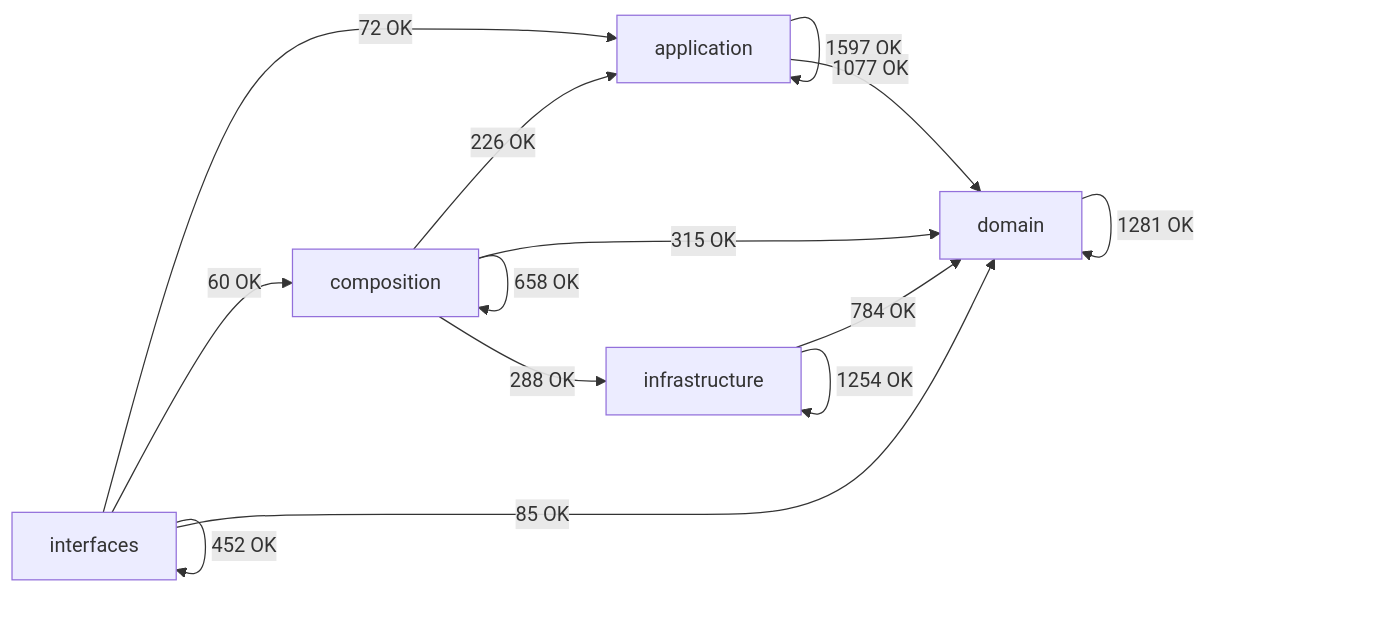
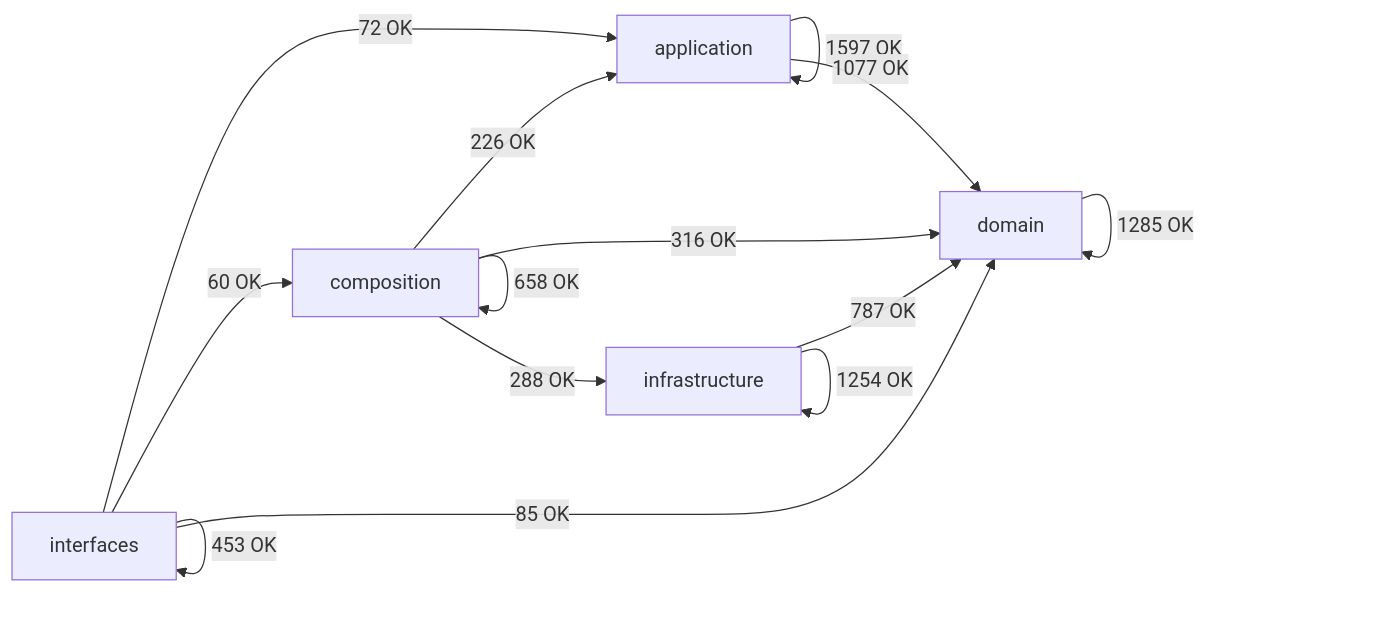
Before and after one commit to SatoryKono/BioactivityDataAcquisition: the diagram in docs/02-architecture/generated/module-dependency-map.md, drawn with Mermaid. The commit also changed other lines of this file and 148 other files, not shown here.

````diff
--- a/docs/02-architecture/generated/module-dependency-map.md
+++ b/docs/02-architecture/generated/module-dependency-map.md
@@ -17,21 +17,21 @@
 ```mermaid
 flowchart LR
     domain[domain]
     application[application]
     infrastructure[infrastructure]
     composition[composition]
     interfaces[interfaces]
     application -->|1597 OK| application
     application -->|1077 OK| domain
     composition -->|226 OK| application
     composition -->|658 OK| composition
-    composition -->|315 OK| domain
+    composition -->|316 OK| domain
     composition -->|288 OK| infrastructure
-    domain -->|1281 OK| domain
-    infrastructure -->|784 OK| domain
+    domain -->|1285 OK| domain
+    infrastructure -->|787 OK| domain
     infrastructure -->|1254 OK| infrastructure
     interfaces -->|72 OK| application
     interfaces -->|60 OK| composition
     interfaces -->|85 OK| domain
-    interfaces -->|452 OK| interfaces
+    interfaces -->|453 OK| interfaces
 ```
````
